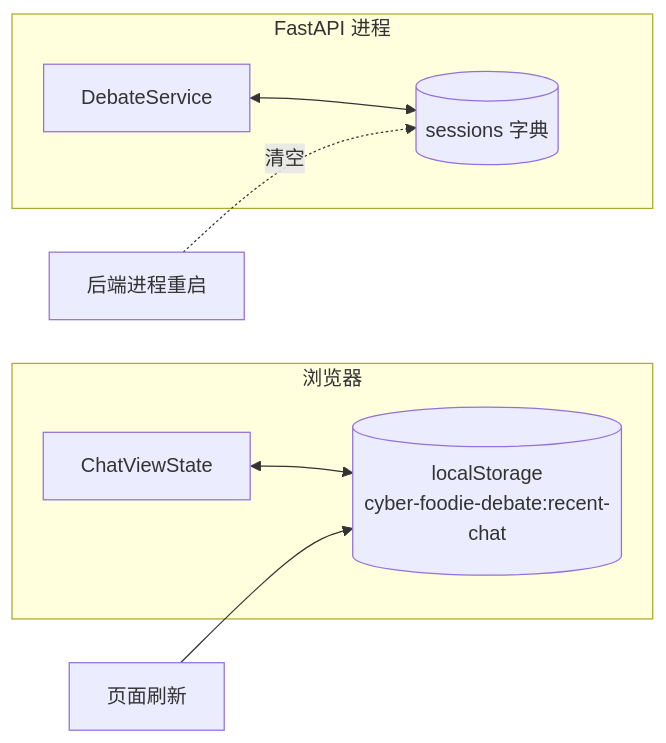
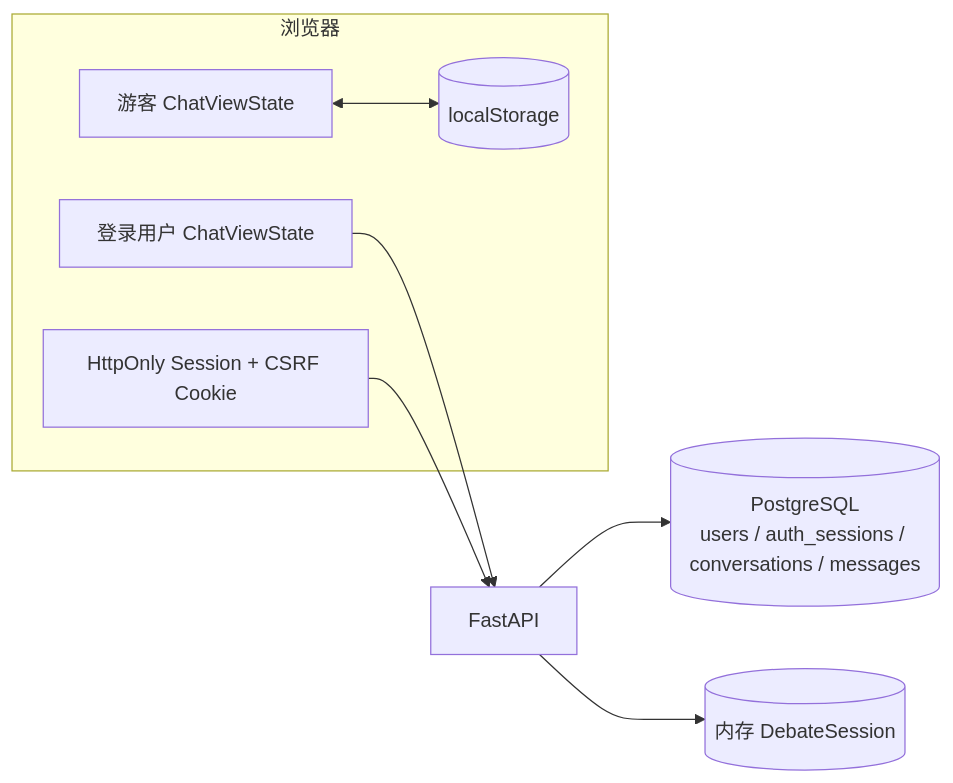
Before and after one commit to wez798/cyber-foodie-debate: the fourth of 6 diagrams in docs/system_design.md, drawn with Mermaid. The commit also changed other lines of this file and 51 other files, not shown here.

````diff
--- a/docs/system_design.md
+++ b/docs/system_design.md
@@ -167,17 +195,13 @@
 ```mermaid
 graph LR
     subgraph 浏览器
-        CHAT_STATE[ChatViewState]
-        LOCAL[(localStorage<br/>cyber-foodie-debate:recent-chat)]
-        CHAT_STATE <--> LOCAL
+        GUEST[游客 ChatViewState] <--> LOCAL[(localStorage)]
+        CLOUD[登录用户 ChatViewState]
+        COOKIE[HttpOnly Session + CSRF Cookie]
     end
 
-    subgraph FastAPI 进程
-        SERVICE[DebateService]
-        SESSIONS[(sessions 字典)]
-        SERVICE <--> SESSIONS
-    end
-
-    RESTART[页面刷新] --> LOCAL
-    PROCESS_RESTART[后端进程重启] -.清空.-> SESSIONS
+    CLOUD --> API[FastAPI]
+    COOKIE --> API
+    API --> DB[(PostgreSQL<br/>users / auth_sessions / conversations / messages)]
+    API --> SESSIONS[(内存 DebateSession)]
 ```
````
